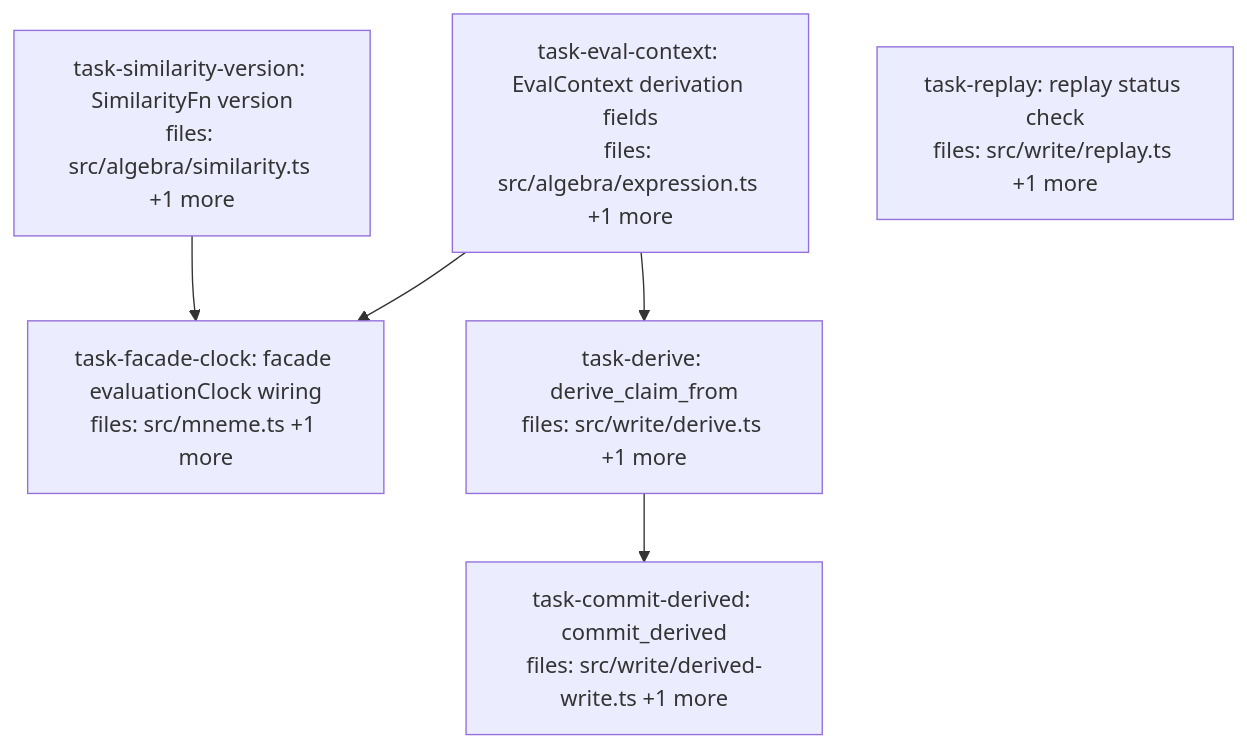
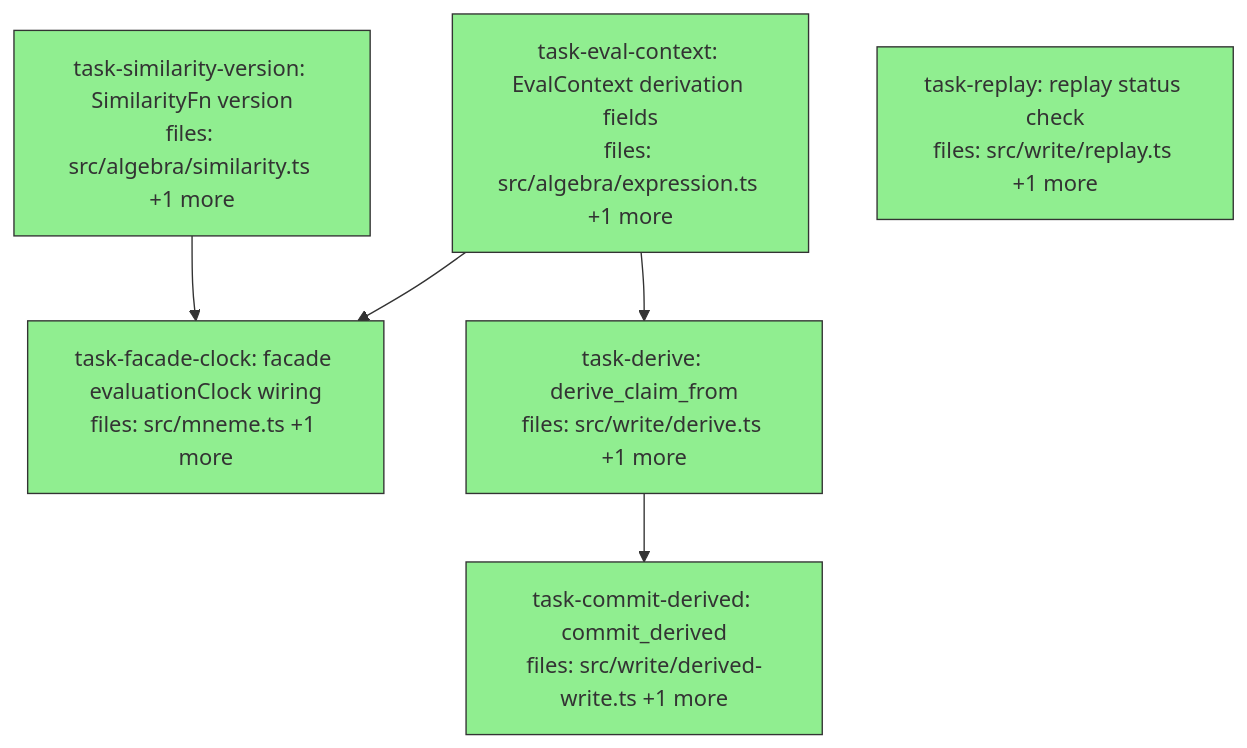
The diagram in docs/superpowers/plans/2026-05-26-mneme-v1-derived-writes-dag.md (BrettNye/Mneme), drawn with Mermaid before and after one commit. The commit also changed other lines of this file, not shown here.

Commit message:
docs(v1): mark derived-writes plan complete — 6/6 tasks done

````diff
--- a/docs/superpowers/plans/2026-05-26-mneme-v1-derived-writes-dag.md
+++ b/docs/superpowers/plans/2026-05-26-mneme-v1-derived-writes-dag.md
@@ -6,20 +6,22 @@
 ```mermaid
 flowchart TD
     task-eval-context["task-eval-context: EvalContext derivation fields<br/>files: src/algebra/expression.ts +1 more"]
     task-similarity-version["task-similarity-version: SimilarityFn version<br/>files: src/algebra/similarity.ts +1 more"]
     task-facade-clock["task-facade-clock: facade evaluationClock wiring<br/>files: src/mneme.ts +1 more"]
     task-derive["task-derive: derive_claim_from<br/>files: src/write/derive.ts +1 more"]
     task-commit-derived["task-commit-derived: commit_derived<br/>files: src/write/derived-write.ts +1 more"]
     task-replay["task-replay: replay status check<br/>files: src/write/replay.ts +1 more"]
 
     task-eval-context --> task-facade-clock
     task-similarity-version --> task-facade-clock
     task-eval-context --> task-derive
     task-derive --> task-commit-derived
 
     classDef done fill:#90ee90,stroke:#333
     classDef ready fill:#fffacd,stroke:#333
     classDef running fill:#87ceeb,stroke:#333
     classDef failed fill:#ffb6c1,stroke:#333
     classDef skipped fill:#d3d3d3,stroke:#333,stroke-dasharray: 5 5
+
+    class task-eval-context,task-similarity-version,task-replay,task-facade-clock,task-derive,task-commit-derived done
 ```
````
